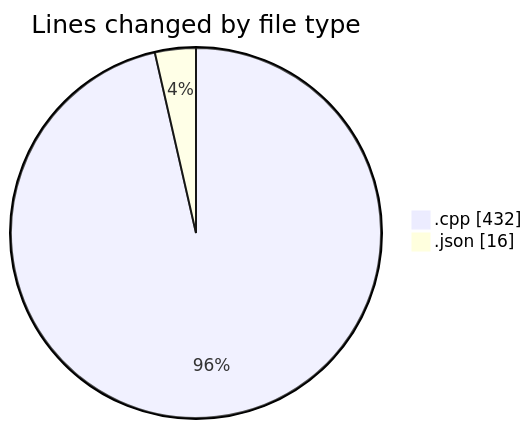
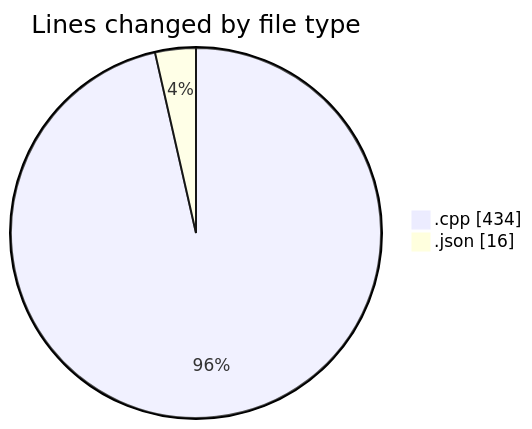
One commit to Netris89/code-tracking changed the first of 2 diagrams in 2025-04-26/echo/README.md. Above: the diagram before and after it, drawn with Mermaid. The commit also changed other lines of this file and 1 other file, not shown here.

````diff
--- a/2025-04-26/echo/README.md
+++ b/2025-04-26/echo/README.md
@@ -22,6 +22,6 @@
 ```mermaid
 pie showData
 title Lines changed by file type
-".cpp" : 432
+".cpp" : 434
 ".json" : 16
 ```
````
